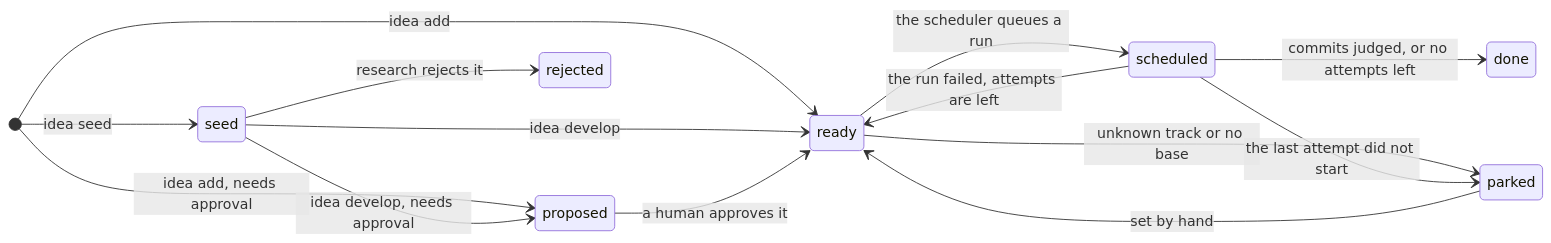
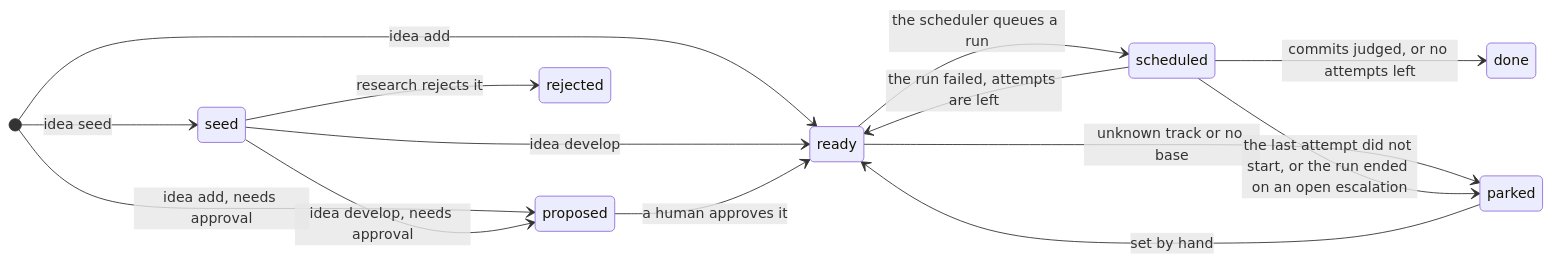
The first of 4 diagrams in docs/architecture/state-machines.mdx (VatsaDev/piloop), drawn with Mermaid before and after one commit. The commit also changed other lines of this file and 23 other files, not shown here.

````diff
--- a/docs/architecture/state-machines.mdx
+++ b/docs/architecture/state-machines.mdx
@@ -18,17 +18,17 @@
 ```mermaid
 stateDiagram-v2
     direction LR
     [*] --> seed: idea seed
     [*] --> proposed: idea add, needs approval
     [*] --> ready: idea add
     seed --> proposed: idea develop, needs approval
     seed --> ready: idea develop
     seed --> rejected: research rejects it
     proposed --> ready: a human approves it
     ready --> scheduled: the scheduler queues a run
     ready --> parked: unknown track or no base
     scheduled --> ready: the run failed, attempts are left
     scheduled --> done: commits judged, or no attempts left
-    scheduled --> parked: the last attempt did not start
+    scheduled --> parked: the last attempt did not start, or the run ended on an open escalation
     parked --> ready: set by hand
 ```
````
